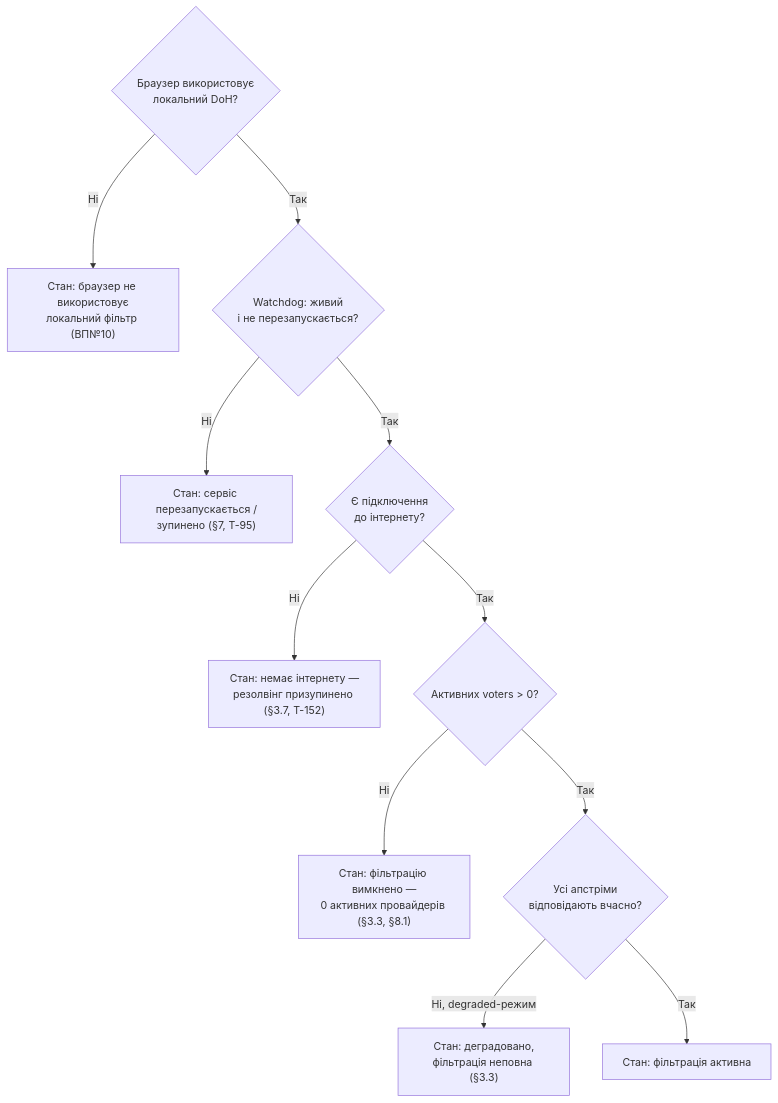
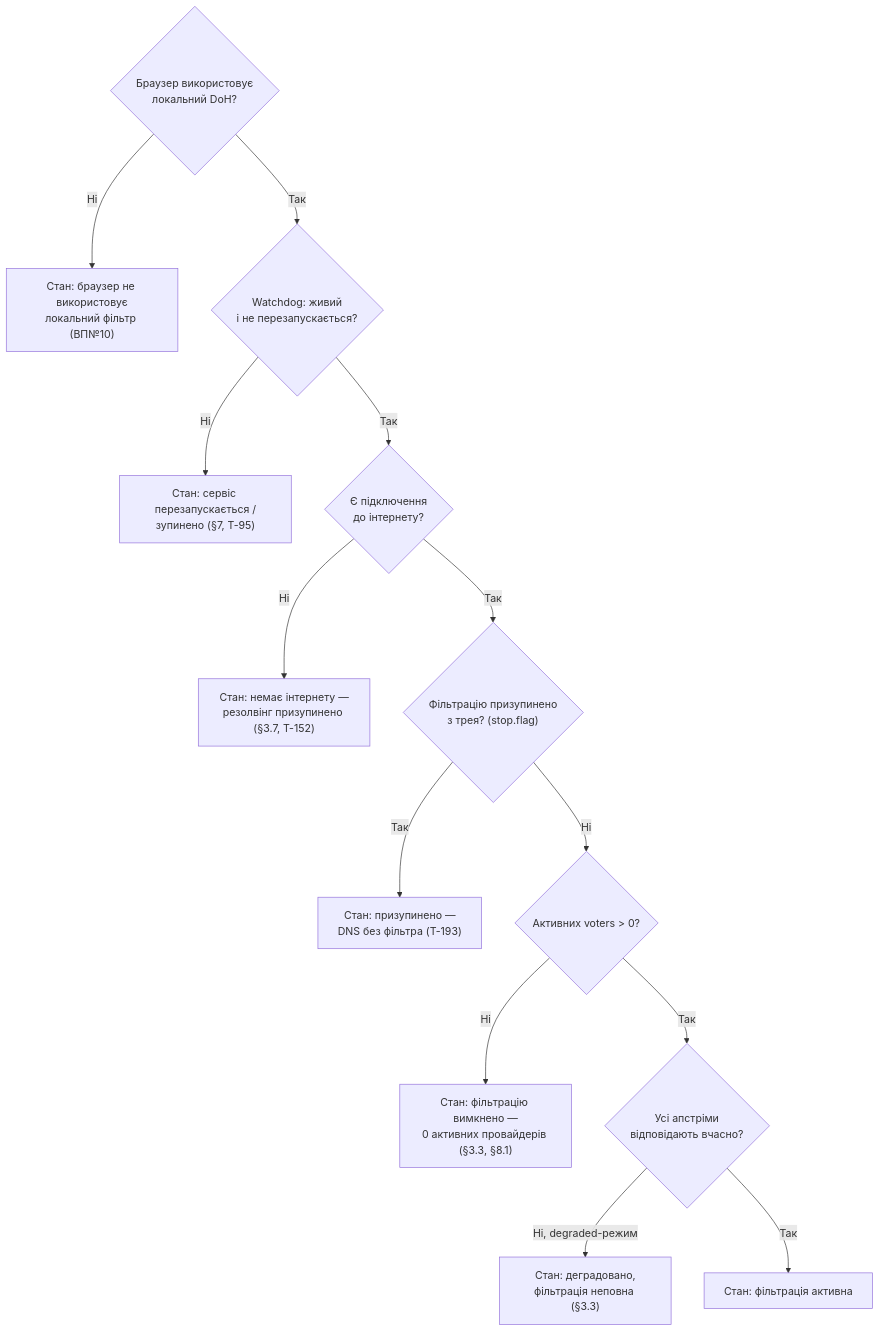
The diagram in diagrams/ui-status-indicator.md (user137/dns-quorum-filter), drawn with Mermaid before and after one commit. The commit also changed other lines of this file and 20 other files, not shown here.

````diff
--- a/diagrams/ui-status-indicator.md
+++ b/diagrams/ui-status-indicator.md
@@ -33,14 +39,16 @@
 ```mermaid
 flowchart TD
     Check1{"Браузер використовує<br/>локальний DoH?"}
     Check1 -->|Ні| S1["Стан: браузер не використовує<br/>локальний фільтр (ВП№10)"]
     Check1 -->|Так| Check2{"Watchdog: живий<br/>і не перезапускається?"}
     Check2 -->|Ні| S2["Стан: сервіс перезапускається /<br/>зупинено (§7, T-95)"]
     Check2 -->|Так| Check3{"Є підключення<br/>до інтернету?"}
     Check3 -->|Ні| S3["Стан: немає інтернету —<br/>резолвінг призупинено (§3.7, T-152)"]
-    Check3 -->|Так| Check4{"Активних voters > 0?"}
+    Check3 -->|Так| Check3a{"Фільтрацію призупинено<br/>з трея? (stop.flag)"}
+    Check3a -->|Так| S3a["Стан: призупинено —<br/>DNS без фільтра (T-193)"]
+    Check3a -->|Ні| Check4{"Активних voters > 0?"}
     Check4 -->|Ні| S4["Стан: фільтрацію вимкнено —<br/>0 активних провайдерів (§3.3, §8.1)"]
     Check4 -->|Так| Check5{"Усі апстріми<br/>відповідають вчасно?"}
     Check5 -->|Ні, degraded-режим| S5["Стан: деградовано,<br/>фільтрація неповна (§3.3)"]
     Check5 -->|Так| S6["Стан: фільтрація активна"]
 ```
````
